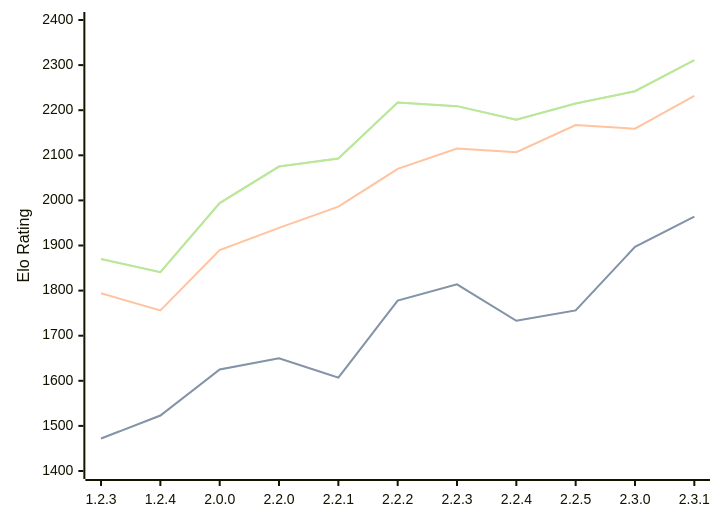
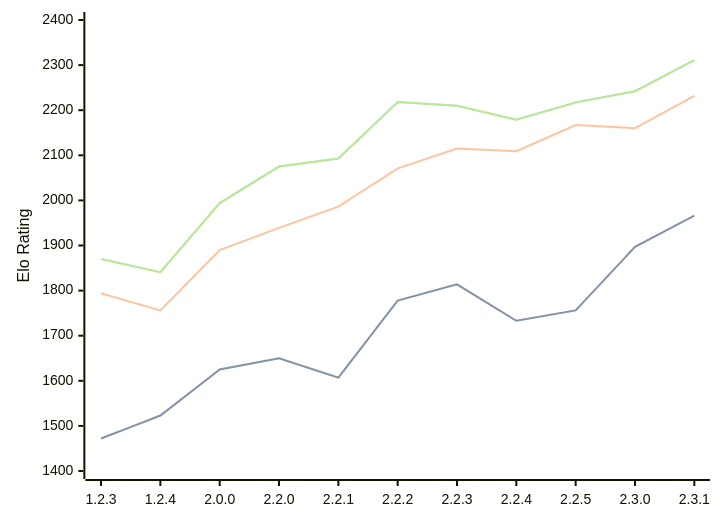
The diagram in engines/Kreveta.md (computer-chess-index/cci), drawn with Mermaid before and after one commit. The commit also changed other lines of this file, not shown here.

Commit message:
Update CCI Ratings (ELO VLTC) - 2026-09-13

````diff
--- a/engines/Kreveta.md
+++ b/engines/Kreveta.md
@@ -43,11 +43,11 @@
 ```mermaid
 %%{init: {"theme":"base","themeVariables":{"seriesColors:['#a3a3a3','#222221','#faa371']}}}%%
 xychart-beta
   x-axis ["1.2.3", "1.2.4", "2.0.0", "2.2.0", "2.2.1", "2.2.2", "2.2.3", "2.2.4", "2.2.5", "2.3.0", "2.3.1"]
   y-axis "Elo Rating" 1400 --> 2400
-  line "" [1472, 1523, 1625, 1650, 1607, 1778, 1814, 1733, 1756, 1897, 1964]
-  line "STC (8.0+0.08s)" [1472, 1523, 1625, 1650, 1607, 1778, 1814, 1733, 1756, 1897, 1964]
-  line "LTC (60.0+0.60s)" [1794, 1756, 1890, 1939, 1986, 2070, 2115, 2107, 2167, 2159, 2232]
-  line "" [1870, 1841, 1994, 2075, 2093, 2217, 2209, 2179, 2215, 2242, 2311]
-  line "VLTC (2m24s+1.12s)" [1870, 1841, 1994, 2075, 2093, 2217, 2209, 2179, 2215, 2242, 2311]
+  line "" [1472, 1523, 1625, 1650, 1607, 1778, 1814, 1733, 1756, 1897, 1966]
+  line "STC (8.0+0.08s)" [1472, 1523, 1625, 1650, 1607, 1778, 1814, 1733, 1756, 1897, 1966]
+  line "LTC (60.0+0.60s)" [1794, 1756, 1890, 1939, 1986, 2071, 2115, 2109, 2167, 2160, 2232]
+  line "" [1870, 1841, 1994, 2075, 2093, 2218, 2210, 2179, 2217, 2242, 2311]
+  line "VLTC (2m24s+1.12s)" [1870, 1841, 1994, 2075, 2093, 2218, 2210, 2179, 2217, 2242, 2311]
 ```
````
